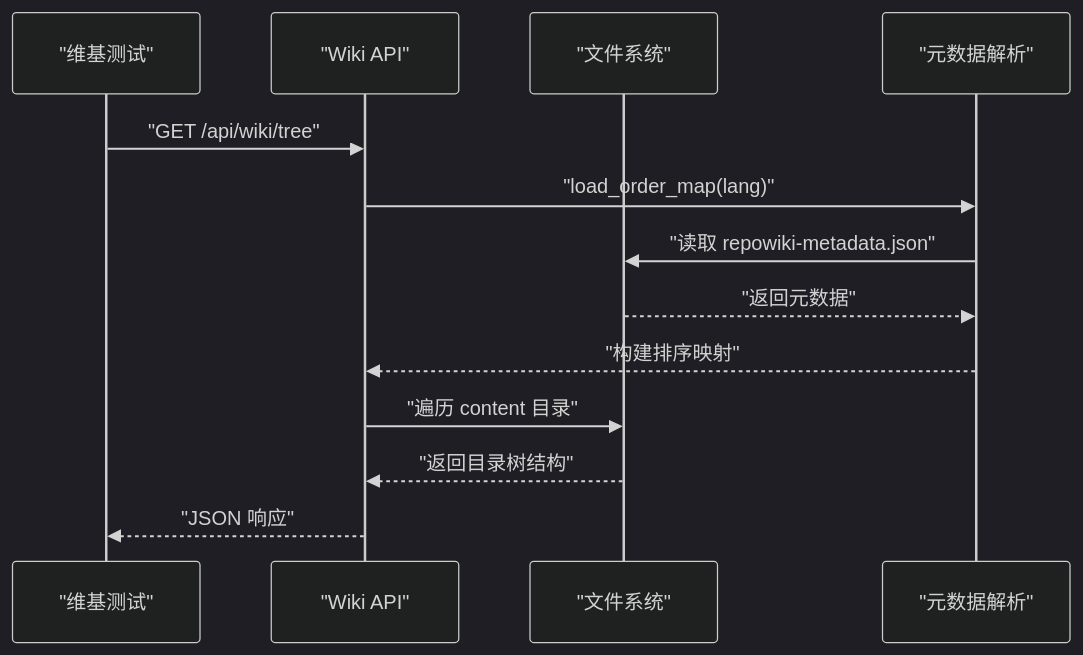
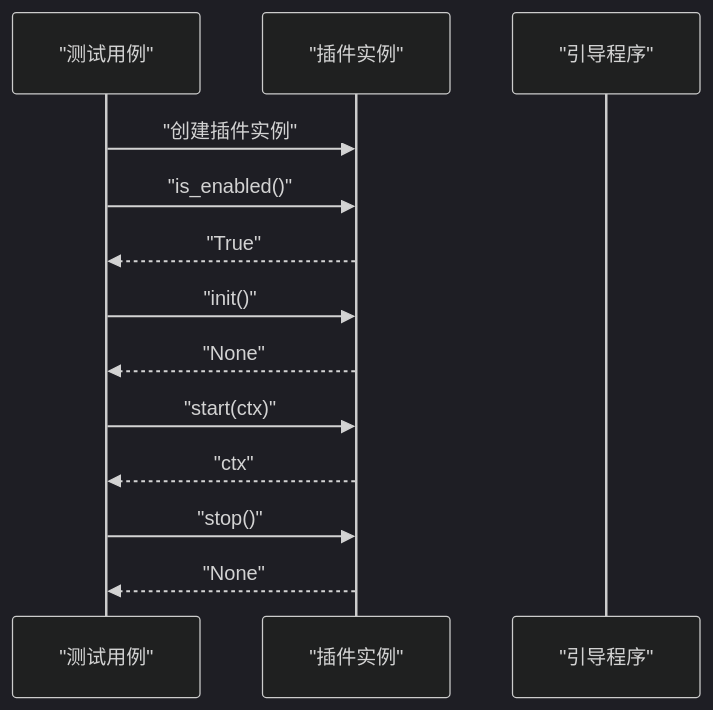
One commit to YU-JI-KUI/ark-agentic changed the tenth of 11 diagrams in repowiki/zh/content/测试策略/测试策略.md. Above: the diagram before and after it, drawn with Mermaid (dark theme). The commit also changed other lines of this file and 116 other files, not shown here.

Commit message:
Refactor README structure and content for clarity; remove outdated CLI and utilities documentation. Introduce new API Reference and CLI Tooling documents to enhance user guidance and project organization.

````diff
--- a/repowiki/zh/content/测试策略/测试策略.md
+++ b/repowiki/zh/content/测试策略/测试策略.md
@@ -374,15 +470,15 @@
 ```mermaid
 sequenceDiagram
-participant Test as "维基测试"
-participant API as "Wiki API"
-participant FS as "文件系统"
-participant Meta as "元数据解析"
-Test->>API : "GET /api/wiki/tree"
-API->>Meta : "load_order_map(lang)"
-Meta->>FS : "读取 repowiki-metadata.json"
-FS-->>Meta : "返回元数据"
-Meta-->>API : "构建排序映射"
-API->>FS : "遍历 content 目录"
-FS-->>API : "返回目录树结构"
-API-->>Test : "JSON 响应"
+participant Test as "测试用例"
+participant Plugin as "插件实例"
+participant Bootstrap as "引导程序"
+Test->>Plugin : "创建插件实例"
+Test->>Plugin : "is_enabled()"
+Plugin-->>Test : "True"
+Test->>Plugin : "init()"
+Plugin-->>Test : "None"
+Test->>Plugin : "start(ctx)"
+Plugin-->>Test : "ctx"
+Test->>Plugin : "stop()"
+Plugin-->>Test : "None"
 ```
````
